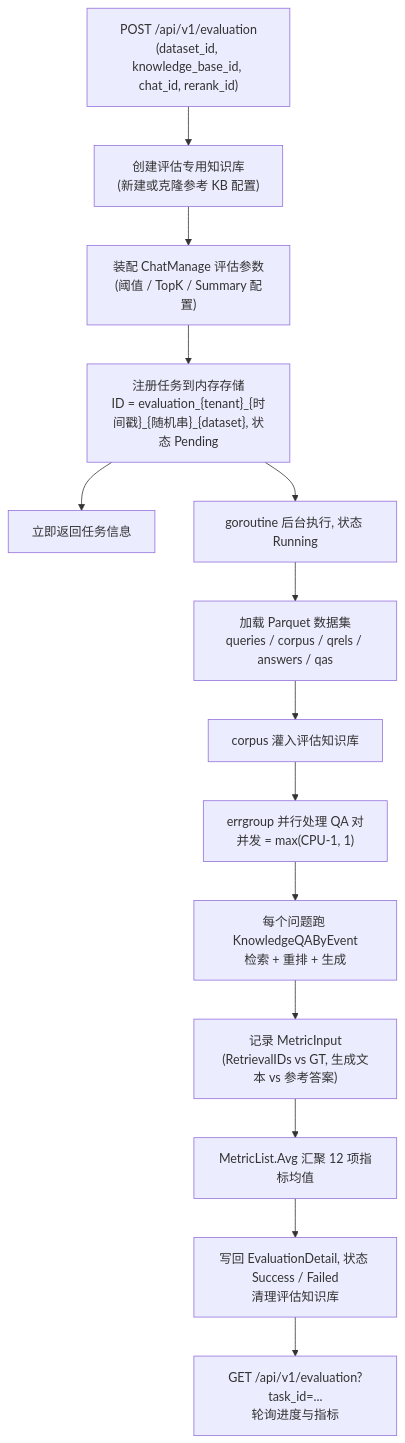
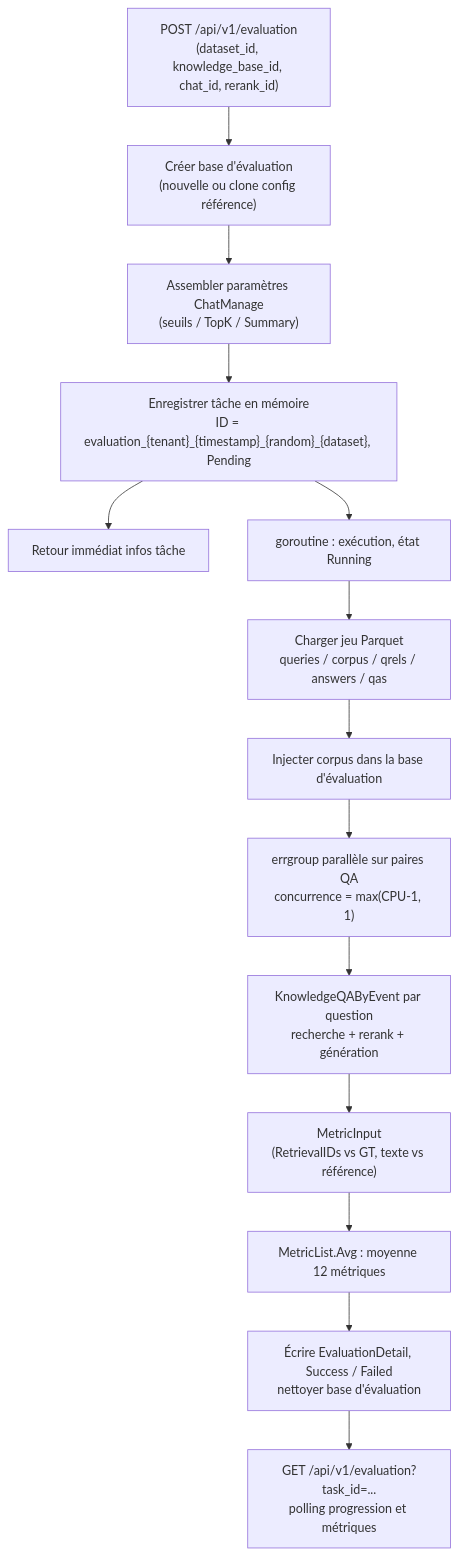
The diagram in website-docs/03-features/15-evaluation.md (samiriggui-code/gsms-template), drawn with Mermaid before and after one commit. The commit also changed other lines of this file and 301 other files, not shown here.

````diff
--- a/website-docs/03-features/15-evaluation.md
+++ b/website-docs/03-features/15-evaluation.md
@@ -262,16 +260,16 @@
 ```mermaid
 flowchart TD
-    A["POST /api/v1/evaluation<br/>(dataset_id, knowledge_base_id, chat_id, rerank_id)"] --> B["创建评估专用知识库<br/>(新建或克隆参考 KB 配置)"]
-    B --> C["装配 ChatManage 评估参数<br/>(阈值 / TopK / Summary 配置)"]
-    C --> D["注册任务到内存存储<br/>ID = evaluation_{tenant}_{时间戳}_{随机串}_{dataset}, 状态 Pending"]
-    D --> E["立即返回任务信息"]
-    D --> F["goroutine 后台执行, 状态 Running"]
-    F --> G["加载 Parquet 数据集<br/>queries / corpus / qrels / answers / qas"]
-    G --> H["corpus 灌入评估知识库"]
-    H --> I["errgroup 并行处理 QA 对<br/>并发 = max(CPU-1, 1)"]
-    I --> J["每个问题跑 KnowledgeQAByEvent<br/>检索 + 重排 + 生成"]
-    J --> K["记录 MetricInput<br/>(RetrievalIDs vs GT, 生成文本 vs 参考答案)"]
-    K --> L["MetricList.Avg 汇聚 12 项指标均值"]
-    L --> M["写回 EvaluationDetail, 状态 Success / Failed<br/>清理评估知识库"]
-    M --> N["GET /api/v1/evaluation?task_id=...<br/>轮询进度与指标"]
+    A["POST /api/v1/evaluation<br/>(dataset_id, knowledge_base_id, chat_id, rerank_id)"] --> B["Créer base d'évaluation<br/>(nouvelle ou clone config référence)"]
+    B --> C["Assembler paramètres ChatManage<br/>(seuils / TopK / Summary)"]
+    C --> D["Enregistrer tâche en mémoire<br/>ID = evaluation_{tenant}_{timestamp}_{random}_{dataset}, Pending"]
+    D --> E["Retour immédiat infos tâche"]
+    D --> F["goroutine : exécution, état Running"]
+    F --> G["Charger jeu Parquet<br/>queries / corpus / qrels / answers / qas"]
+    G --> H["Injecter corpus dans la base d'évaluation"]
+    H --> I["errgroup parallèle sur paires QA<br/>concurrence = max(CPU-1, 1)"]
+    I --> J["KnowledgeQAByEvent par question<br/>recherche + rerank + génération"]
+    J --> K["MetricInput<br/>(RetrievalIDs vs GT, texte vs référence)"]
+    K --> L["MetricList.Avg : moyenne 12 métriques"]
+    L --> M["Écrire EvaluationDetail, Success / Failed<br/>nettoyer base d'évaluation"]
+    M --> N["GET /api/v1/evaluation?task_id=...<br/>polling progression et métriques"]
 ```
````
